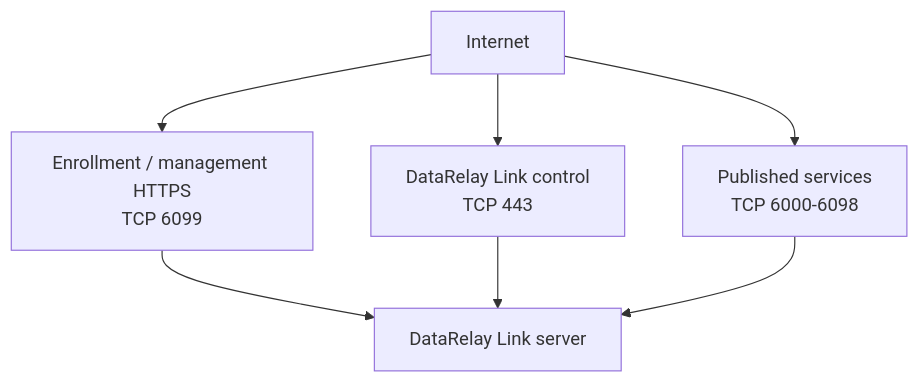
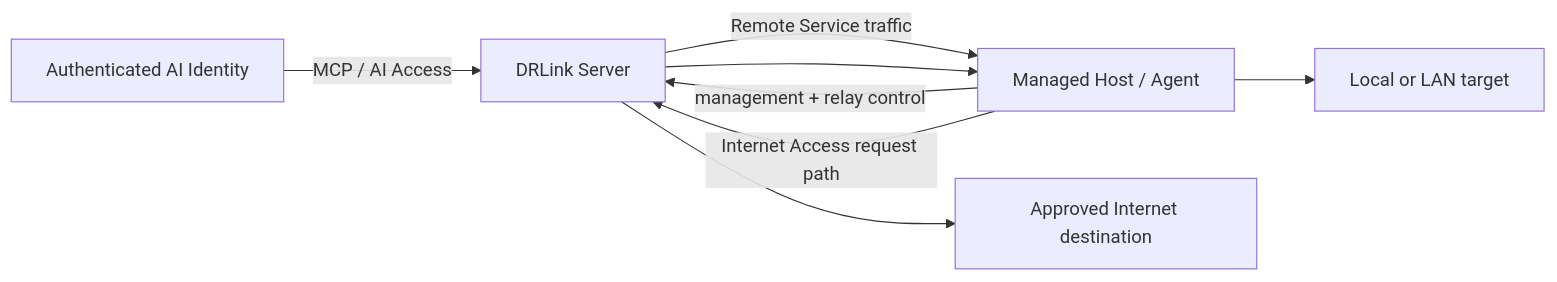
One commit to datarelay-labs/datarelay-link-docs changed the diagram in reference/architecture.mdx. Above: the diagram before and after it, drawn with Mermaid. The commit also changed other lines of this file and 72 other files, not shown here.

````diff
--- a/reference/architecture.mdx
+++ b/reference/architecture.mdx
@@ -47,15 +12,16 @@
 ```mermaid
-flowchart TB
-    I[Internet]
-    S[DataRelay Link server]
-    A[Enrollment / management HTTPS\nTCP 6099]
-    C[DataRelay Link control\nTCP 443]
-    P[Published services\nTCP 6000-6098]
+flowchart LR
+    S[DRLink Server]
+    A[Managed Host / Agent]
+    T[Local or LAN target]
+    I[Approved Internet destination]
+    AI[Authenticated AI Identity]
 
-    I --> A
-    I --> C
-    I --> P
-    A --> S
-    C --> S
-    P --> S
+    A -->|management + relay control| S
+    S -->|Remote Service traffic| A
+    A --> T
+    A -->|Internet Access request path| S
+    S --> I
+    AI -->|MCP / AI Access| S
+    S --> A
 ```
````
